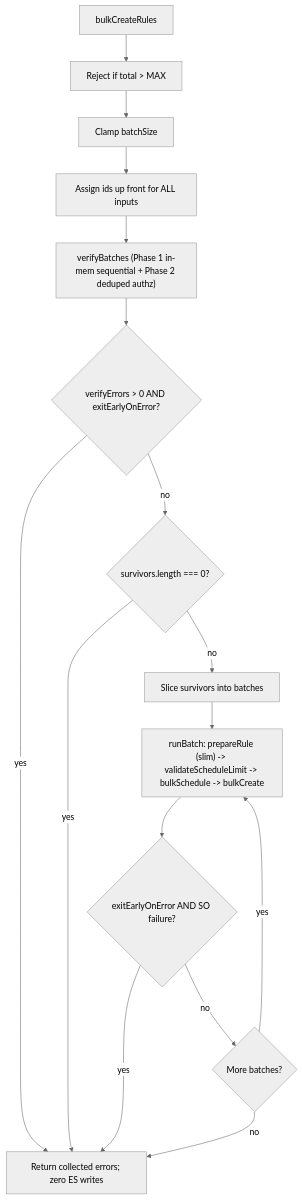
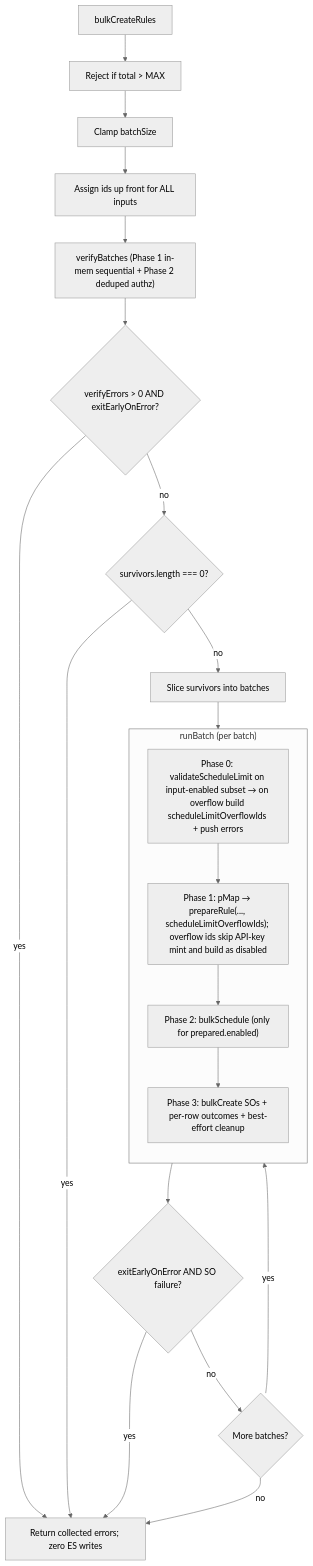
The diagram in plans/bulk-create-verify-batches_480a1ffe.plan.md (sdesalas/kibana-knowledge), drawn with Mermaid (neutral theme) before and after one commit. The commit also changed other lines of this file, not shown here.

````diff
--- a/plans/bulk-create-verify-batches_480a1ffe.plan.md
+++ b/plans/bulk-create-verify-batches_480a1ffe.plan.md
@@ -225,18 +260,26 @@
 ```mermaid
 flowchart TD
   Start[bulkCreateRules] --> Cap[Reject if total > MAX]
   Cap --> Clamp[Clamp batchSize]
   Clamp --> Ids["Assign ids up front for ALL inputs"]
   Ids --> Verify["verifyBatches (Phase 1 in-mem sequential + Phase 2 deduped authz)"]
   Verify --> Early{verifyErrors > 0 AND exitEarlyOnError?}
   Early -->|yes| Done["Return collected errors; zero ES writes"]
   Early -->|no| Survivors{survivors.length === 0?}
   Survivors -->|yes| Done
   Survivors -->|no| Loop[Slice survivors into batches]
-  Loop --> RunBatch["runBatch: prepareRule (slim) -> validateScheduleLimit -> bulkSchedule -> bulkCreate"]
+  Loop --> RunBatch
+  subgraph RunBatch["runBatch (per batch)"]
+    direction TB
+    P0["Phase 0: validateScheduleLimit on input-enabled subset → on overflow build scheduleLimitOverflowIds + push errors"]
+    P1["Phase 1: pMap → prepareRule(..., scheduleLimitOverflowIds); overflow ids skip API-key mint and build as disabled"]
+    P2["Phase 2: bulkSchedule (only for prepared.enabled)"]
+    P3["Phase 3: bulkCreate SOs + per-row outcomes + best-effort cleanup"]
+    P0 --> P1 --> P2 --> P3
+  end
   RunBatch --> SoCheck{exitEarlyOnError AND SO failure?}
   SoCheck -->|yes| Done
   SoCheck -->|no| More{More batches?}
   More -->|yes| RunBatch
   More -->|no| Done
 ```
````
